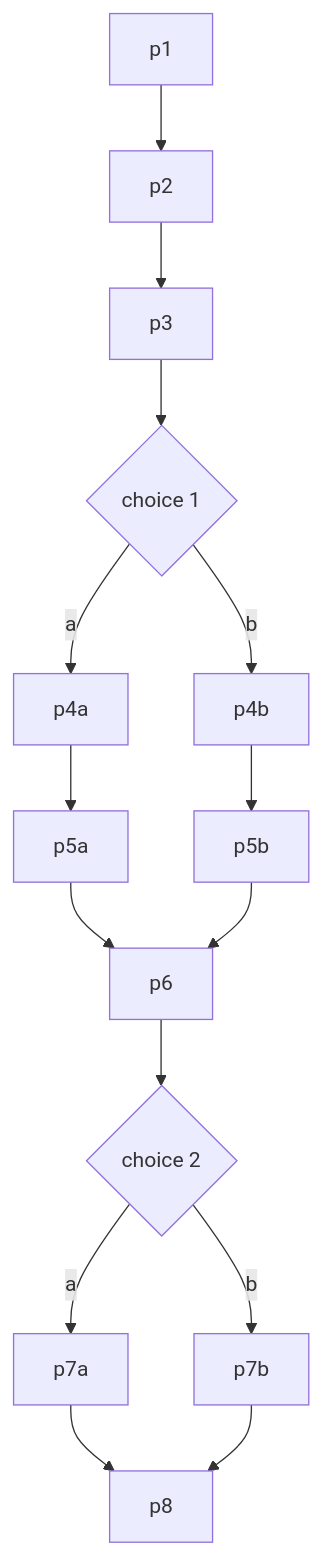
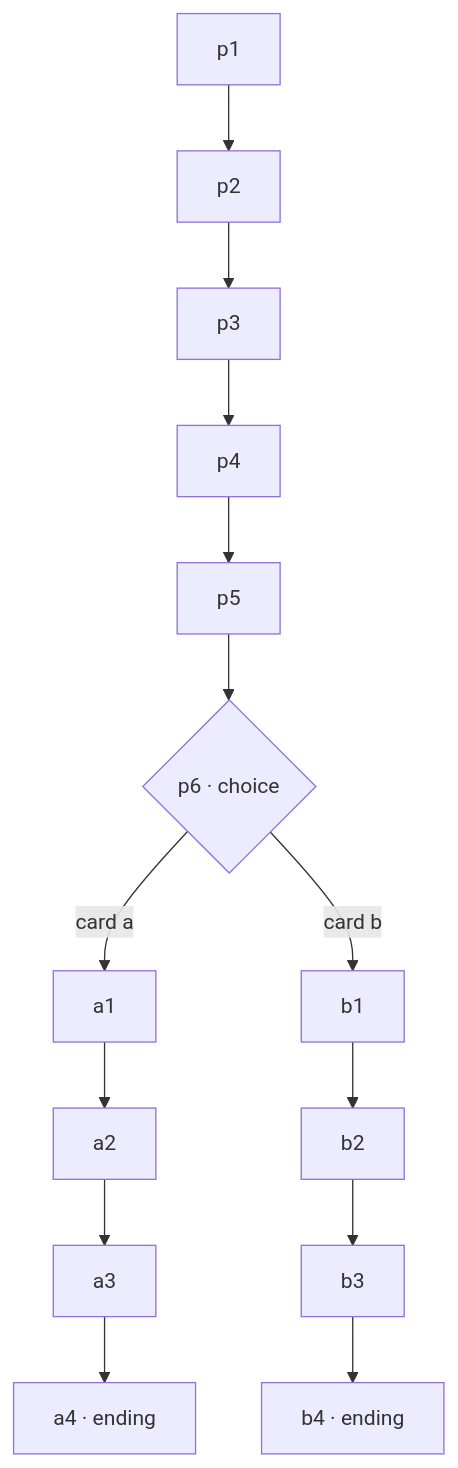
One commit to darth-dodo/cantastorie changed the first of 2 diagrams in docs/product.md. Above: the diagram before and after it, drawn with Mermaid. The commit also changed other lines of this file and 64 other files, not shown here.

````diff
--- a/docs/product.md
+++ b/docs/product.md
@@ -150,9 +150,6 @@
 ```mermaid
 graph TD
-  P1[p1] --> P2[p2] --> P3[p3] --> C1{choice 1}
-  C1 -->|a| A1[p4a] --> A2[p5a] --> M1[p6]
-  C1 -->|b| B1[p4b] --> B2[p5b] --> M1
-  M1 --> C2{choice 2}
-  C2 -->|a| A3[p7a] --> M2[p8]
-  C2 -->|b| B3[p7b] --> M2
+  P1[p1] --> P2[p2] --> P3[p3] --> P4[p4] --> P5[p5] --> C{"p6 · choice"}
+  C -->|"card a"| A1[a1] --> A2[a2] --> A3[a3] --> A4["a4 · ending"]
+  C -->|"card b"| B1[b1] --> B2[b2] --> B3[b3] --> B4["b4 · ending"]
 ```
````
